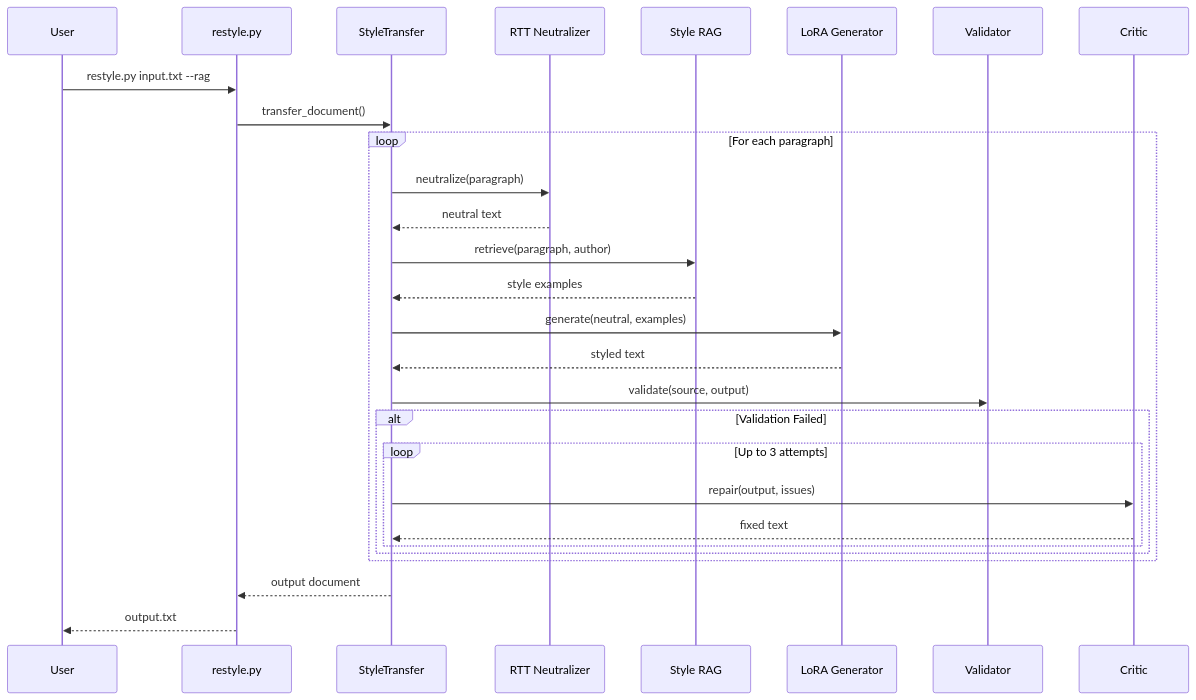
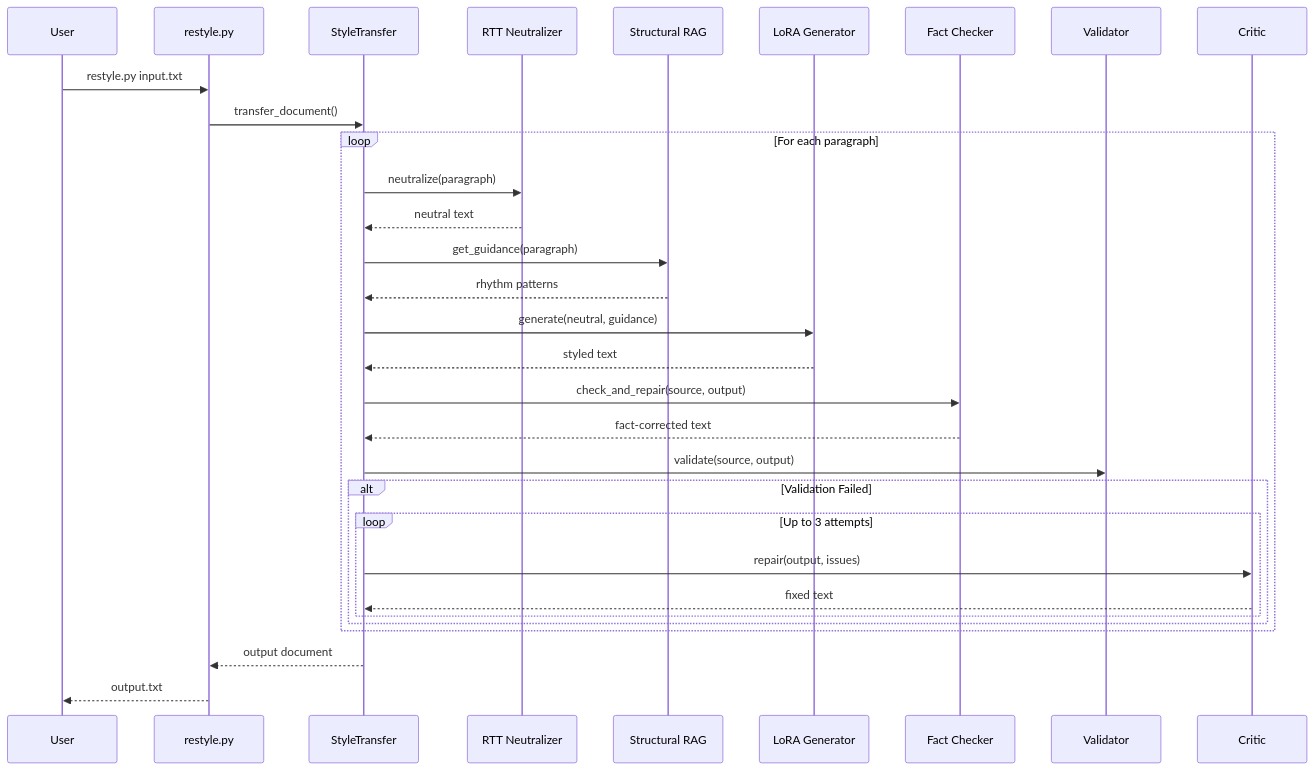
One commit to yogthos/revenant changed the sixth of 6 diagrams in README.md. Above: the diagram before and after it, drawn with Mermaid. The commit also changed other lines of this file and 11 other files, not shown here.

````diff
--- a/README.md
+++ b/README.md
@@ -378,37 +388,41 @@
 ```mermaid
 sequenceDiagram
     participant User
     participant CLI as restyle.py
     participant Transfer as StyleTransfer
     participant RTT as RTT Neutralizer
-    participant RAG as Style RAG
+    participant RAG as Structural RAG
     participant LoRA as LoRA Generator
+    participant Facts as Fact Checker
     participant Validator as Validator
     participant Critic as Critic
 
-    User->>CLI: restyle.py input.txt --rag
+    User->>CLI: restyle.py input.txt
     CLI->>Transfer: transfer_document()
 
     loop For each paragraph
         Transfer->>RTT: neutralize(paragraph)
         RTT-->>Transfer: neutral text
 
-        Transfer->>RAG: retrieve(paragraph, author)
-        RAG-->>Transfer: style examples
+        Transfer->>RAG: get_guidance(paragraph)
+        RAG-->>Transfer: rhythm patterns
 
-        Transfer->>LoRA: generate(neutral, examples)
+        Transfer->>LoRA: generate(neutral, guidance)
         LoRA-->>Transfer: styled text
+
+        Transfer->>Facts: check_and_repair(source, output)
+        Facts-->>Transfer: fact-corrected text
 
         Transfer->>Validator: validate(source, output)
 
         alt Validation Failed
             loop Up to 3 attempts
                 Transfer->>Critic: repair(output, issues)
                 Critic-->>Transfer: fixed text
             end
         end
     end
 
     Transfer-->>CLI: output document
     CLI-->>User: output.txt
 ```
````
